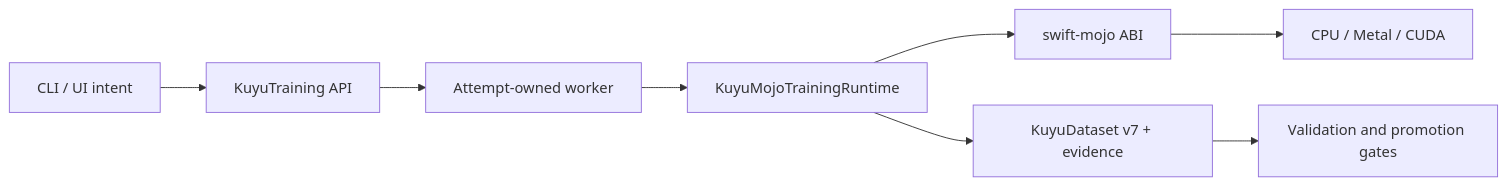
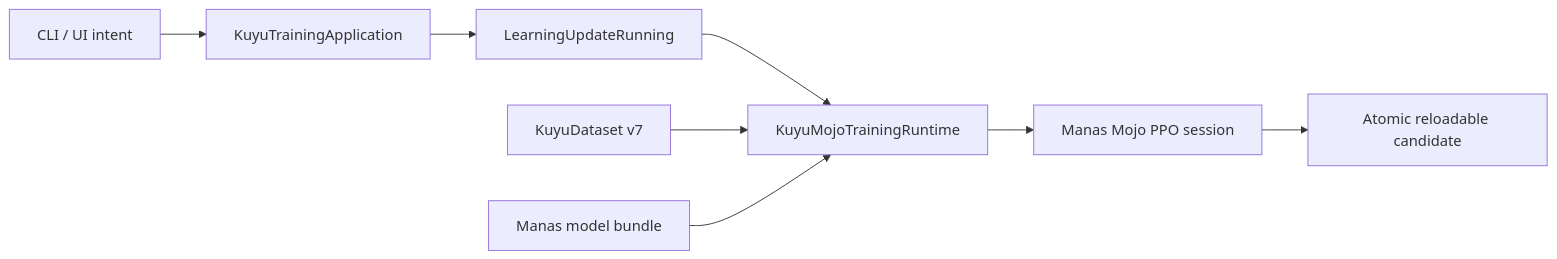
Before and after one commit to 1amageek/kuyu: the diagram in MOJO_MIGRATION.md, drawn with Mermaid. The commit also changed other lines of this file and 274 other files, not shown here.

Commit message:
Rebuild application around Mojo learning

````diff
--- a/MOJO_MIGRATION.md
+++ b/MOJO_MIGRATION.md
@@ -67,10 +11,10 @@
 ```mermaid
 flowchart LR
-  UI["CLI / UI intent"] --> API["KuyuTraining API"]
-  API --> Worker["Attempt-owned worker"]
-  Worker --> Runtime["KuyuMojoTrainingRuntime"]
-  Runtime --> Bridge["swift-mojo ABI"]
-  Bridge --> Device["CPU / Metal / CUDA"]
-  Runtime --> Artifacts["KuyuDataset v7 + evidence"]
-  Artifacts --> Gates["Validation and promotion gates"]
+  Intent["CLI / UI intent"] --> App["KuyuTrainingApplication"]
+  App --> Contract["LearningUpdateRunning"]
+  Contract --> Runtime["KuyuMojoTrainingRuntime"]
+  Dataset["KuyuDataset v7"] --> Runtime
+  Source["Manas model bundle"] --> Runtime
+  Runtime --> Session["Manas Mojo PPO session"]
+  Session --> Candidate["Atomic reloadable candidate"]
 ```
````
